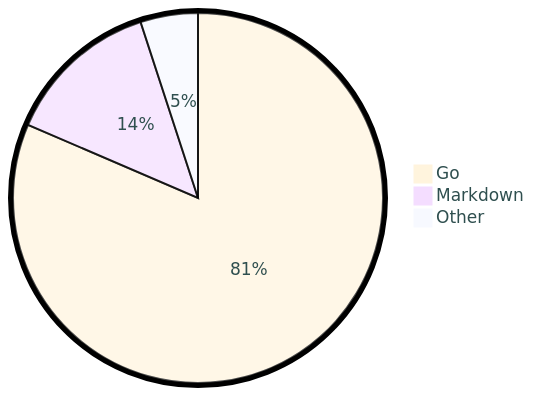
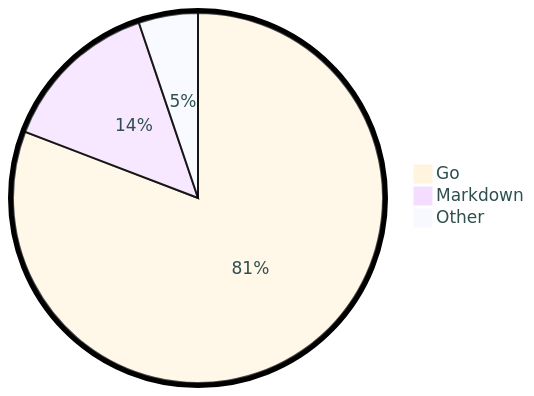
The diagram in README.md (tot0p/tot0p), drawn with Mermaid before and after one commit. The commit also changed other lines of this file, not shown here.

````diff
--- a/README.md
+++ b/README.md
@@ -74,7 +74,7 @@
 ```mermaid
 %%{init: {"pie": {"textPosition": 0.5}, "themeVariables": {"pieOuterStrokeWidth": "5px","primaryTextColor" : "#2F4F4F"},"theme":"base"} }%%
 pie
-	"Go": 81.46
-	"Markdown": 13.51
-	"Other": 5.02
+	"Go": 80.82
+	"Markdown": 14.0
+	"Other": 5.180000000000001
 ```
````
